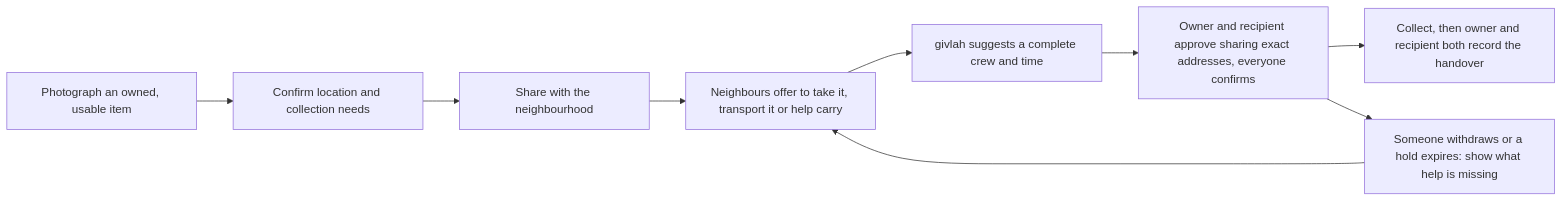
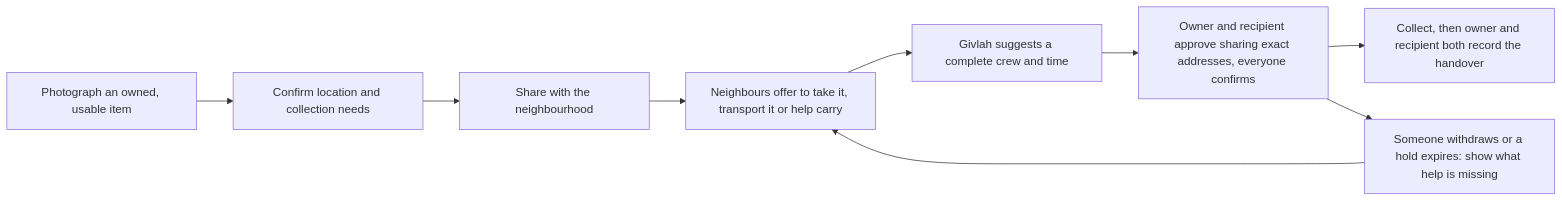
The diagram in README.md (Givlah/Givlah), drawn with Mermaid before and after one commit. The commit also changed other lines of this file and 6 other files, not shown here.

````diff
--- a/README.md
+++ b/README.md
@@ -19,11 +19,11 @@
 ```mermaid
 flowchart LR
     A[Photograph an owned, usable item] --> B[Confirm location and collection needs]
     B --> C[Share with the neighbourhood]
     C --> D[Neighbours offer to take it, transport it or help carry]
-    D --> E[givlah suggests a complete crew and time]
+    D --> E[Givlah suggests a complete crew and time]
     E --> F["Owner and recipient approve sharing exact addresses, everyone confirms"]
     F --> G[Collect, then owner and recipient both record the handover]
     F --> H[Someone withdraws or a hold expires: show what help is missing]
     H --> D
 ```
````
